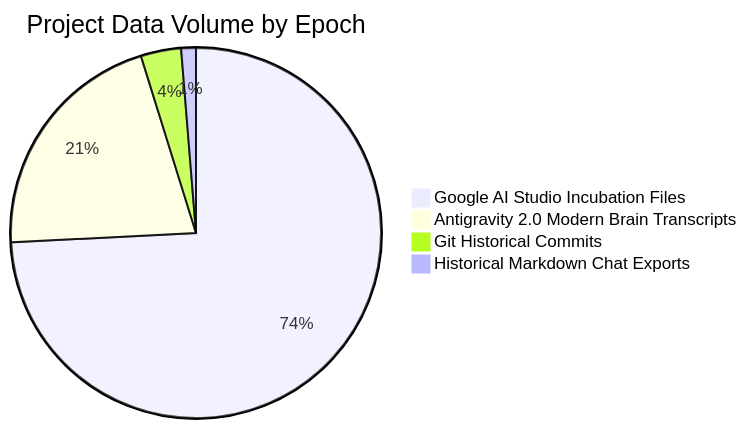
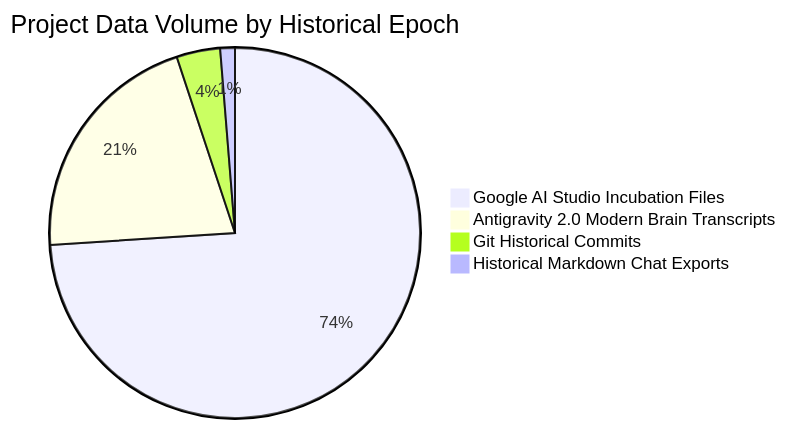
The fourth of 4 diagrams in docs/monograph/Computational_Liturgics_Research_Monograph.md (augyyyyy/typikon-coded), drawn with Mermaid before and after one commit. The commit also changed other lines of this file and 61 other files, not shown here.

````diff
--- a/docs/monograph/Computational_Liturgics_Research_Monograph.md
+++ b/docs/monograph/Computational_Liturgics_Research_Monograph.md
@@ -209,7 +249,7 @@
 ```mermaid
-pie title Project Data Volume by Epoch
+pie title Project Data Volume by Historical Epoch
     "Google AI Studio Incubation Files" : 1731
     "Antigravity 2.0 Modern Brain Transcripts" : 490
-    "Git Historical Commits" : 82
+    "Git Historical Commits" : 89
     "Historical Markdown Chat Exports" : 30
 ```
````
